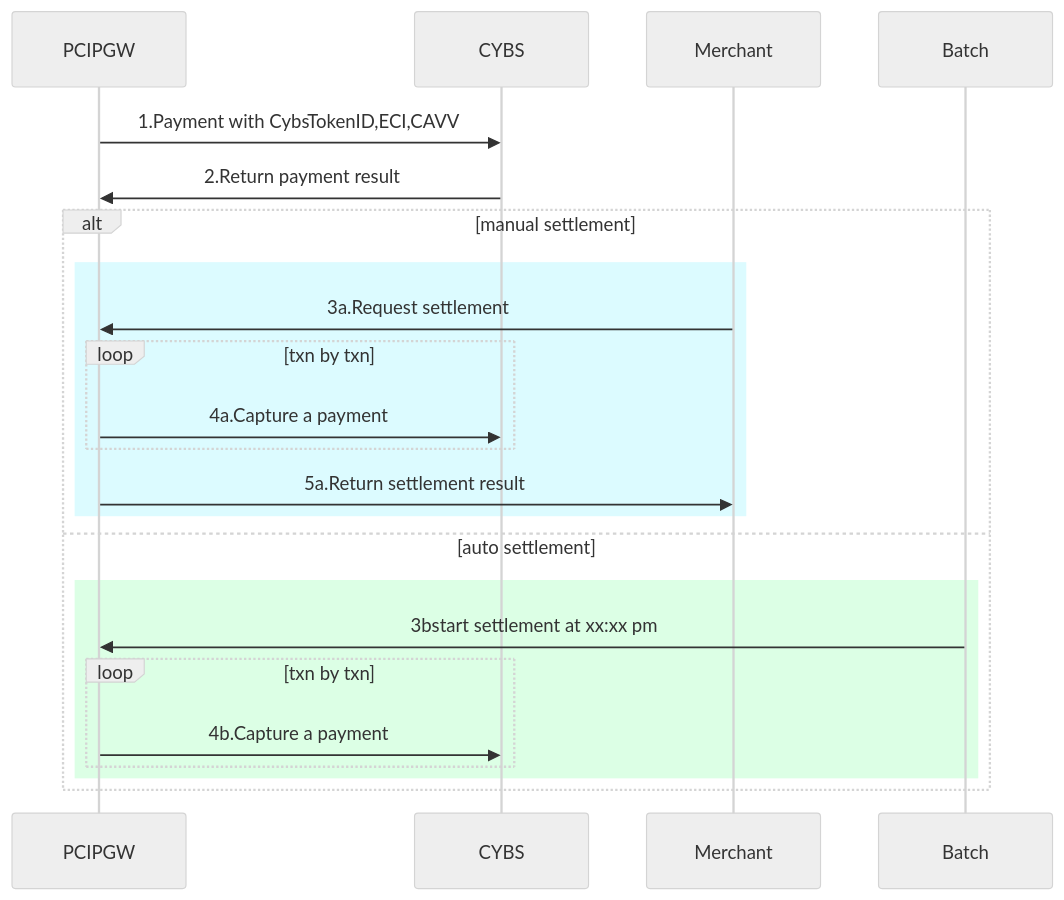
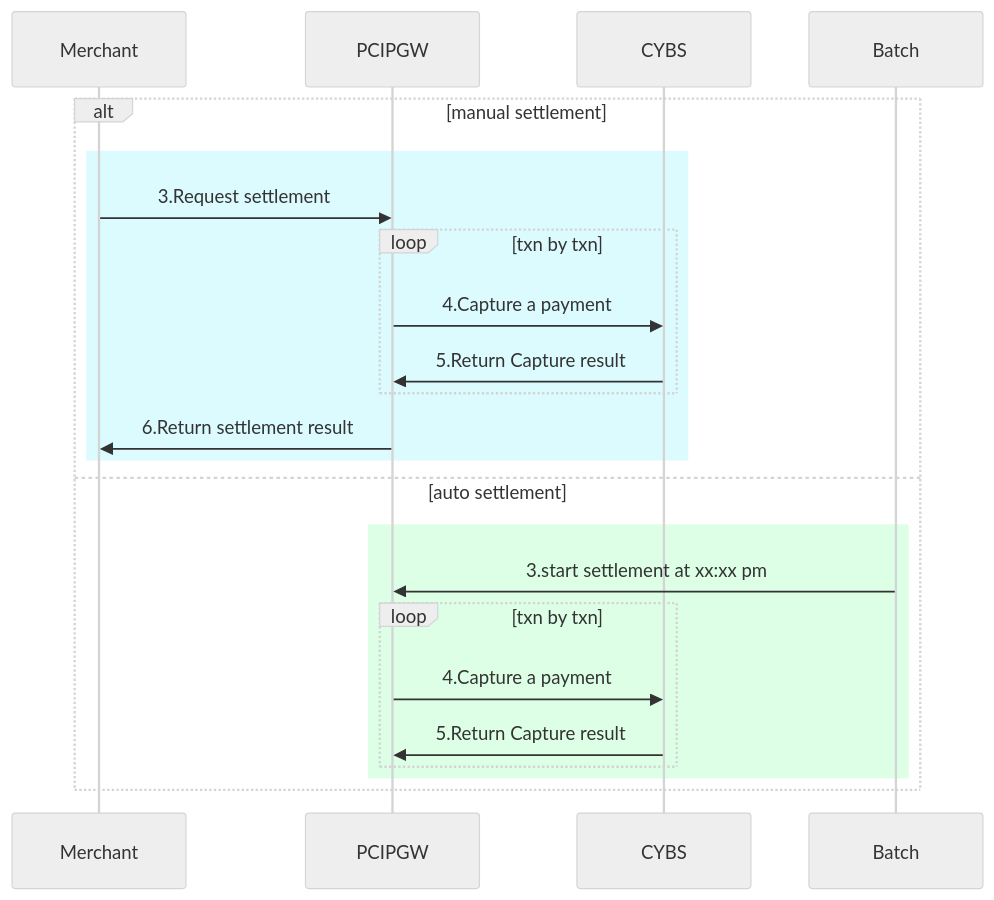
One commit to yuusuke25/MyNotes changed the first of 3 diagrams in Cybs-Ph2-Flow2.md. Above: the diagram before and after it, drawn with Mermaid (neutral theme).

````diff
--- a/Cybs-Ph2-Flow2.md
+++ b/Cybs-Ph2-Flow2.md
@@ -2,22 +2,21 @@
 ```mermaid
-    sequenceDiagram
-        PCIPGW->>CYBS:1.Payment with CybsTokenID,ECI,CAVV
-        CYBS->>PCIPGW:2.Return payment result
-        
+    sequenceDiagram        
         alt manual settlement
          rect rgb(220, 251, 255)
-          Merchant->>PCIPGW:3a.Request settlement
+          Merchant->>PCIPGW:3.Request settlement
           loop txn by txn
-            PCIPGW->>CYBS:4a.Capture a payment
+            PCIPGW->>CYBS:4.Capture a payment
+            CYBS->>PCIPGW:5.Return Capture result
           end
-          PCIPGW->>Merchant:5a.Return settlement result
+          PCIPGW->>Merchant:6.Return settlement result
          end
         else auto settlement
          rect rgb(220, 255, 229)
-          Batch->>PCIPGW:3bstart settlement at xx:xx pm
+          Batch->>PCIPGW:3.start settlement at xx:xx pm
           loop txn by txn
-            PCIPGW->>CYBS:4b.Capture a payment
+            PCIPGW->>CYBS:4.Capture a payment
+            CYBS->>PCIPGW:5.Return Capture result
           end
          end
         end
 ```
````
